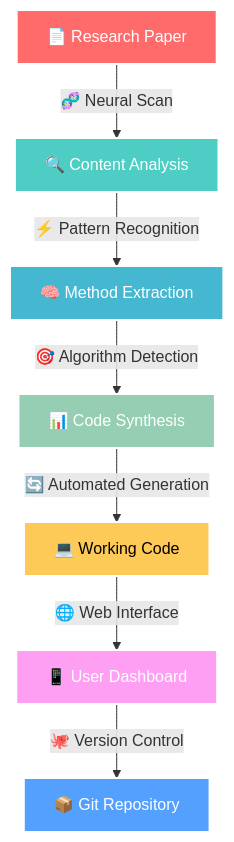
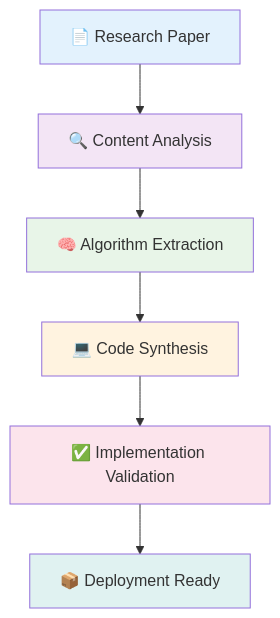
The diagram in deepcode-mcp/README.md (randy888chan/DeepCode), drawn with Mermaid before and after one commit. The commit also changed other lines of this file and 70 other files, not shown here.

````diff
--- a/deepcode-mcp/README.md
+++ b/deepcode-mcp/README.md
@@ -236,17 +25,15 @@
 ```mermaid
-graph TD
-    A[📄 Research Paper] -->|🧬 Neural Scan| B[🔍 Content Analysis]
-    B -->|⚡ Pattern Recognition| C[🧠 Method Extraction]
-    C -->|🎯 Algorithm Detection| D[📊 Code Synthesis]
-    D -->|🔄 Automated Generation| E[💻 Working Code]
-    E -->|🌐 Web Interface| F[📱 User Dashboard]
-    F -->|🐙 Version Control| G[📦 Git Repository]
+flowchart TD
+    A[📄 Research Paper] --> B[🔍 Content Analysis]
+    B --> C[🧠 Algorithm Extraction]
+    C --> D[💻 Code Synthesis]
+    D --> E[✅ Implementation Validation]
+    E --> F[📦 Deployment Ready]
     
-    style A fill:#ff6b6b,stroke:#fff,stroke-width:2px,color:#fff
-    style B fill:#4ecdc4,stroke:#fff,stroke-width:2px,color:#fff
-    style C fill:#45b7d1,stroke:#fff,stroke-width:2px,color:#fff
-    style D fill:#96ceb4,stroke:#fff,stroke-width:2px,color:#fff
-    style E fill:#feca57,stroke:#fff,stroke-width:2px,color:#000
-    style F fill:#ff9ff3,stroke:#fff,stroke-width:2px,color:#fff
-    style G fill:#54a0ff,stroke:#fff,stroke-width:2px,color:#fff
+    style A fill:#e3f2fd
+    style B fill:#f3e5f5
+    style C fill:#e8f5e8
+    style D fill:#fff3e0
+    style E fill:#fce4ec
+    style F fill:#e0f2f1
 ```
````
